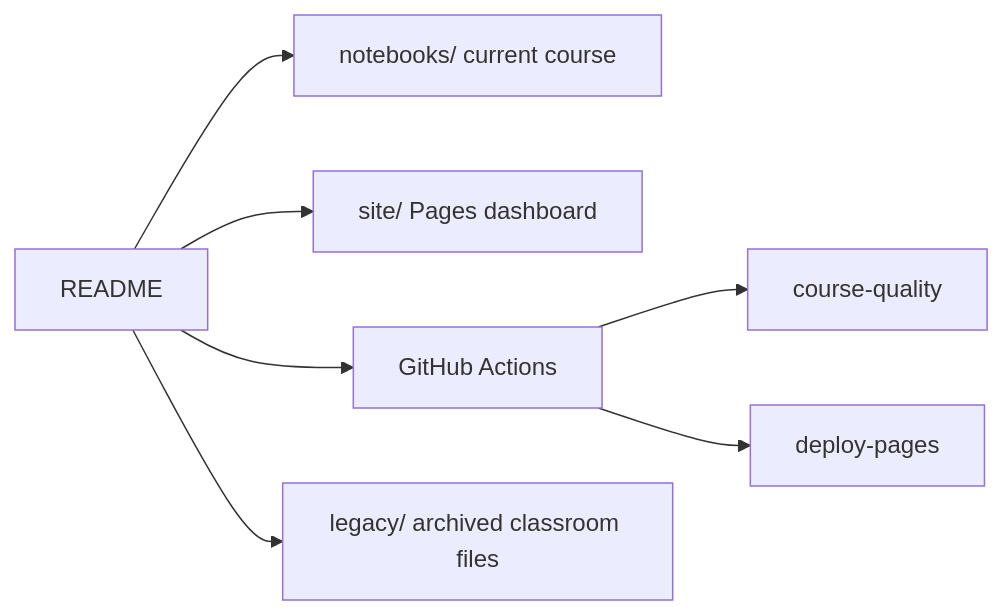
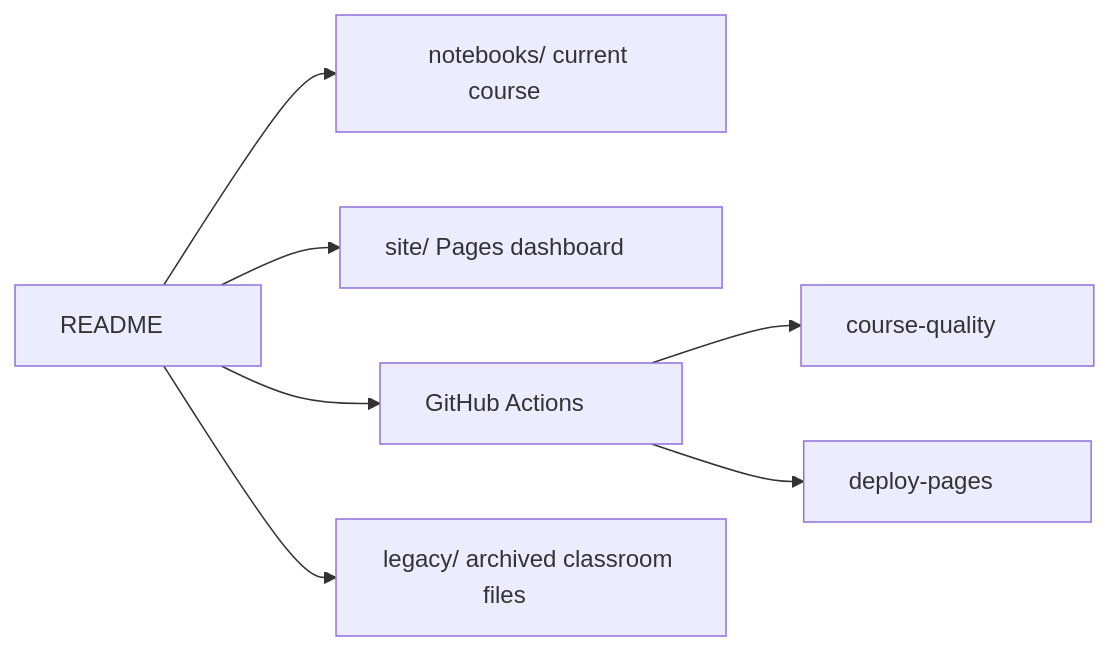
One commit to ialimustufa/python-crash-course changed the sixth of 6 diagrams in README.md. Above: the diagram before and after it, drawn with Mermaid. The commit also changed other lines of this file and 10 other files, not shown here.

Commit message:
Stop Mermaid node labels from clipping the last character.

````diff
--- a/README.md
+++ b/README.md
@@ -144,9 +144,9 @@
 ```mermaid
 flowchart LR
-  readme[README] --> notebooks[notebooks/ current course]
-  readme --> site[site/ Pages dashboard]
-  readme --> workflows[GitHub Actions]
-  readme --> legacy[legacy/ archived classroom files]
-  workflows --> quality[course-quality]
-  workflows --> pagesDeploy[deploy-pages]
+  readme["README&nbsp;&nbsp;&nbsp;&nbsp;&nbsp;&nbsp;&nbsp;&nbsp;"] --> notebooks["notebooks/ current course&nbsp;&nbsp;&nbsp;&nbsp;&nbsp;&nbsp;&nbsp;&nbsp;"]
+  readme --> site["site/ Pages dashboard&nbsp;&nbsp;&nbsp;&nbsp;&nbsp;&nbsp;&nbsp;&nbsp;"]
+  readme --> workflows["GitHub Actions&nbsp;&nbsp;&nbsp;&nbsp;&nbsp;&nbsp;&nbsp;&nbsp;"]
+  readme --> legacy["legacy/ archived classroom files&nbsp;&nbsp;&nbsp;&nbsp;&nbsp;&nbsp;&nbsp;&nbsp;"]
+  workflows --> quality["course-quality&nbsp;&nbsp;&nbsp;&nbsp;&nbsp;&nbsp;&nbsp;&nbsp;"]
+  workflows --> pagesDeploy["deploy-pages&nbsp;&nbsp;&nbsp;&nbsp;&nbsp;&nbsp;&nbsp;&nbsp;"]
 ```
````
